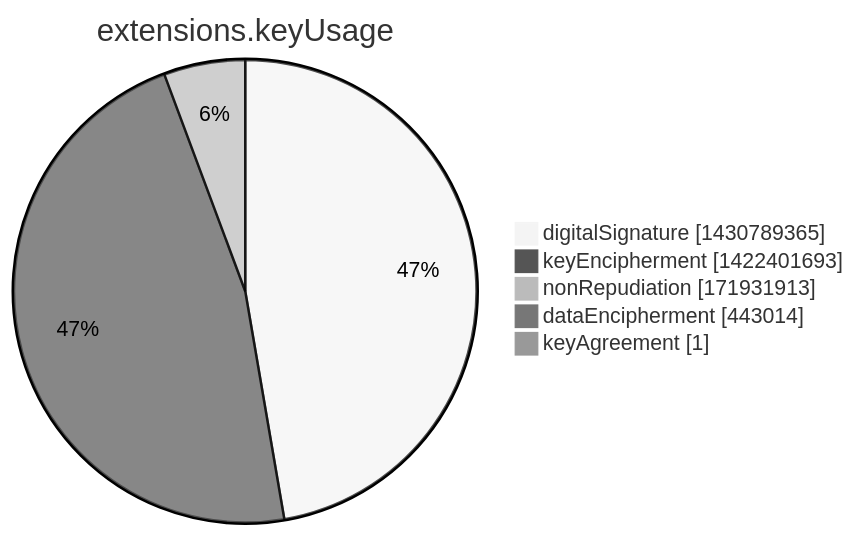
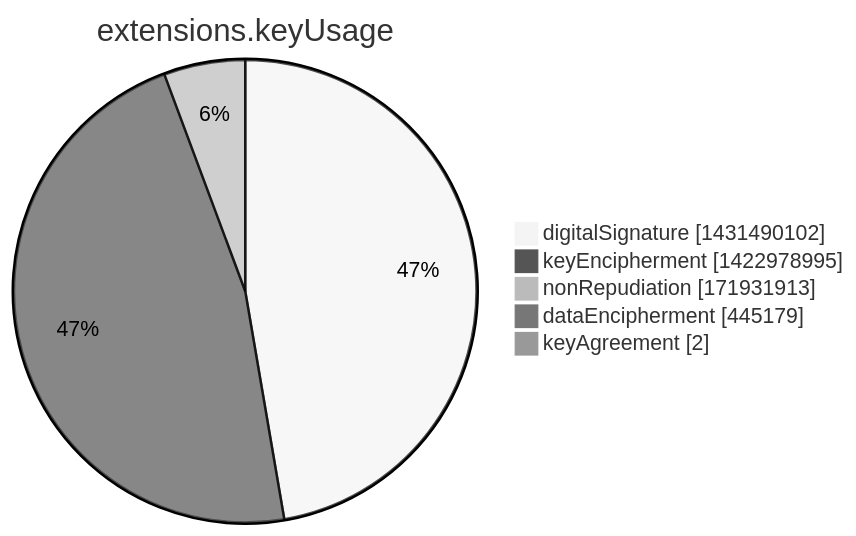
Before and after one commit to christiankrug/ctmonitor_visualization: the seventh of 15 diagrams in argon2022/README.md, drawn with Mermaid (neutral theme). The commit also changed other lines of this file, not shown here.

````diff
--- a/argon2022/README.md
+++ b/argon2022/README.md
@@ -2751,9 +2751,9 @@
 ```mermaid
 pie showData
 title extensions.keyUsage
-"digitalSignature" :1430789365
-"keyEncipherment" :1422401693
+"digitalSignature" :1431490102
+"keyEncipherment" :1422978995
 "nonRepudiation" :171931913
-"dataEncipherment" :443014
-"keyAgreement" :1
+"dataEncipherment" :445179
+"keyAgreement" :2
 ```
````
